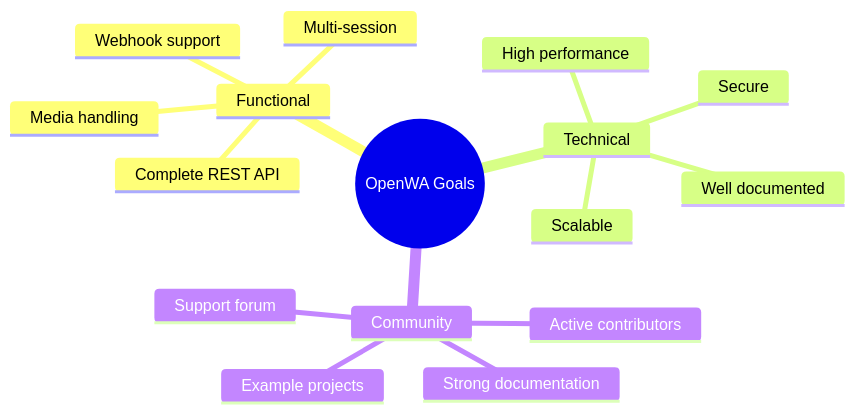
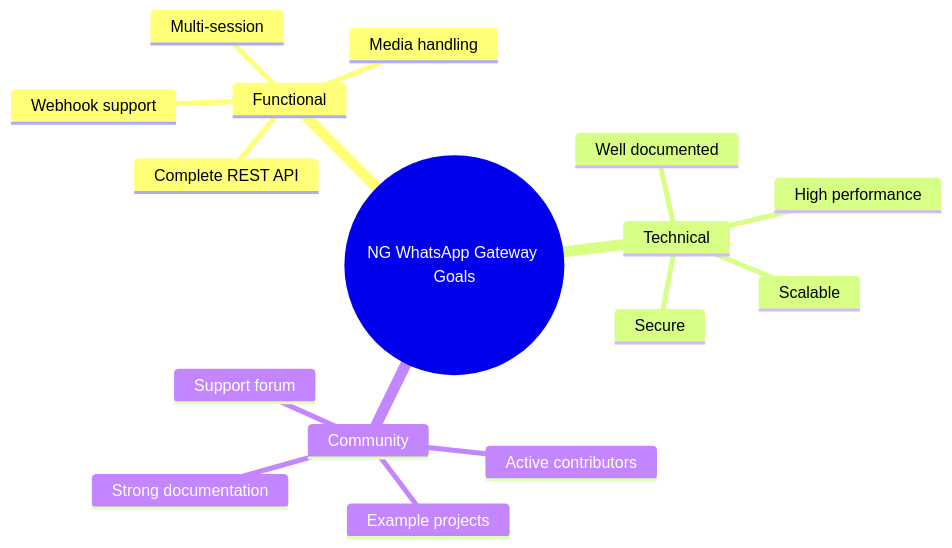
The second of 5 diagrams in docs/01-project-overview.md (shyamgade0419/NGwhatsup), drawn with Mermaid before and after one commit. The commit also changed other lines of this file and 149 other files, not shown here.

First line of the commit message:
Rebrand the gateway as NG WhatsApp Gateway by NovaGade

````diff
--- a/docs/01-project-overview.md
+++ b/docs/01-project-overview.md
@@ -72,19 +72,19 @@
 ```mermaid
 mindmap
-  root((OpenWA Goals))
+  root((NG WhatsApp Gateway Goals))
     Functional
       Complete REST API
       Multi-session
       Webhook support
       Media handling
     Technical
       High performance
       Scalable
       Secure
       Well documented
     Community
       Active contributors
       Strong documentation
       Example projects
       Support forum
 ```
````
